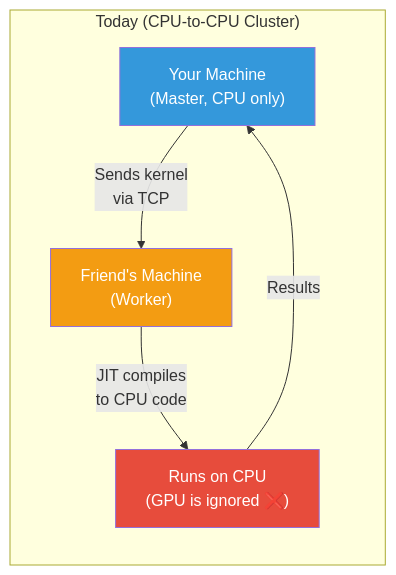
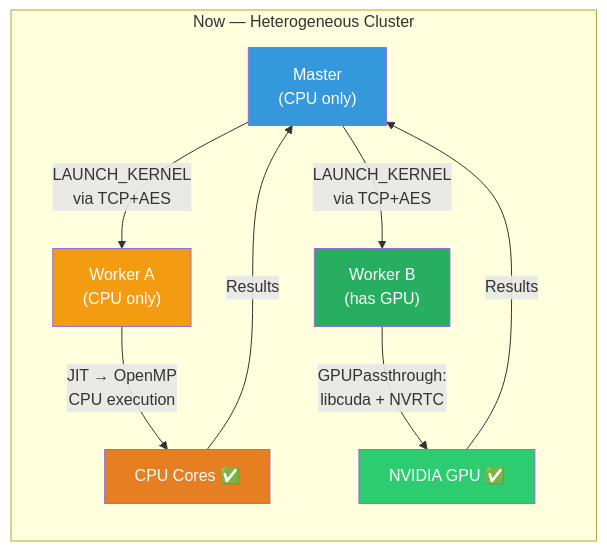
Before and after one commit to etienne0114/vgre: diagram 11 of 11 in docs/how_it_work.md, drawn with Mermaid. The commit also changed other lines of this file and 3 other files, not shown here.

First line of the commit message:
docs: update status to 100%, expand PTX/warp/pooling documentation; relax architecture size limits

````diff
--- a/docs/how_it_work.md
+++ b/docs/how_it_work.md
@@ -565,12 +692,17 @@
 ```mermaid
 flowchart LR
-    subgraph "Today (CPU-to-CPU Cluster)"
-        M1["Your Machine\n(Master, CPU only)"] -->|"Sends kernel\nvia TCP"| W1["Friend's Machine\n(Worker)"]
-        W1 -->|"JIT compiles\nto CPU code"| CPU1["Runs on CPU\n(GPU is ignored ❌)"]
-        CPU1 -->|"Results"| M1
+    subgraph "Now — Heterogeneous Cluster"
+        M["Master\n(CPU only)"] -->|"LAUNCH_KERNEL\nvia TCP+AES"| W1["Worker A\n(CPU only)"]
+        M -->|"LAUNCH_KERNEL\nvia TCP+AES"| W2["Worker B\n(has GPU)"]
+        W1 -->|"JIT → OpenMP\nCPU execution"| CPU1["CPU Cores ✅"]
+        W2 -->|"GPUPassthrough:\nlibcuda + NVRTC"| GPU1["NVIDIA GPU ✅"]
+        CPU1 -->|"Results"| M
+        GPU1 -->|"Results"| M
     end
 
-    style M1 fill:#3498db,color:#fff
+    style M fill:#3498db,color:#fff
     style W1 fill:#f39c12,color:#fff
-    style CPU1 fill:#e74c3c,color:#fff
+    style W2 fill:#27ae60,color:#fff
+    style CPU1 fill:#e67e22,color:#fff
+    style GPU1 fill:#2ecc71,color:#fff
 ```
````
